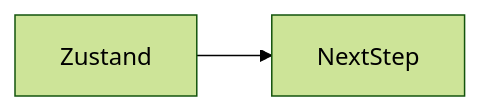
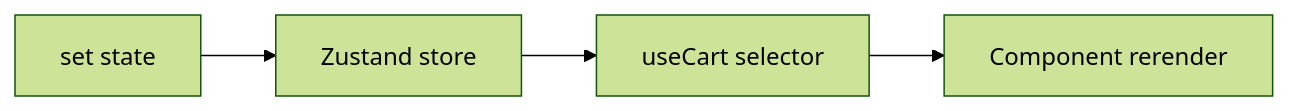
Before and after one commit to OmidJavaherii/Frontend-Engineering-Handbook: the second of 2 diagrams in docs/en/15-architecture/zustand/index.md, drawn with Mermaid (forest theme). The commit also changed other lines of this file and 461 other files, not shown here.

````diff
--- a/docs/en/15-architecture/zustand/index.md
+++ b/docs/en/15-architecture/zustand/index.md
@@ -96,4 +121,6 @@
 ```mermaid
 flowchart LR
-  concept[Zustand] --> nextStep[NextStep]
+  set[set state] --> store[Zustand store]
+  store --> hook[useCart selector]
+  hook --> comp[Component rerender]
 ```
````
